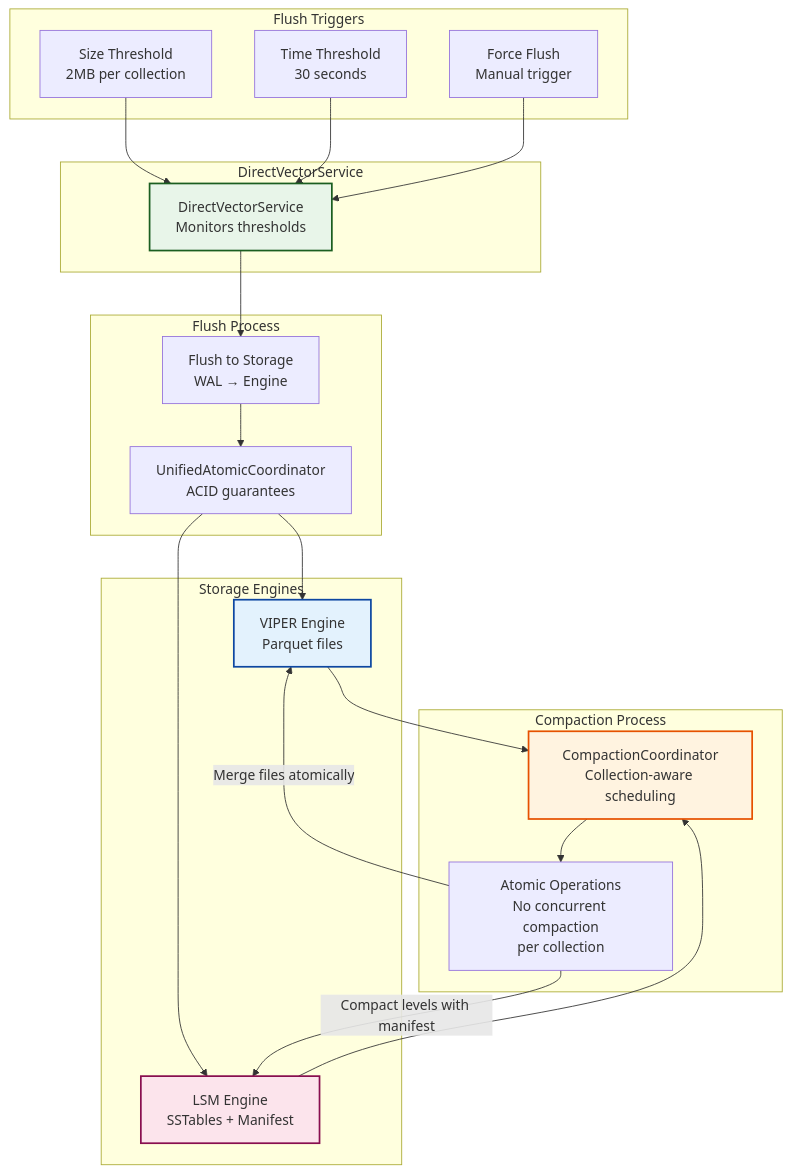
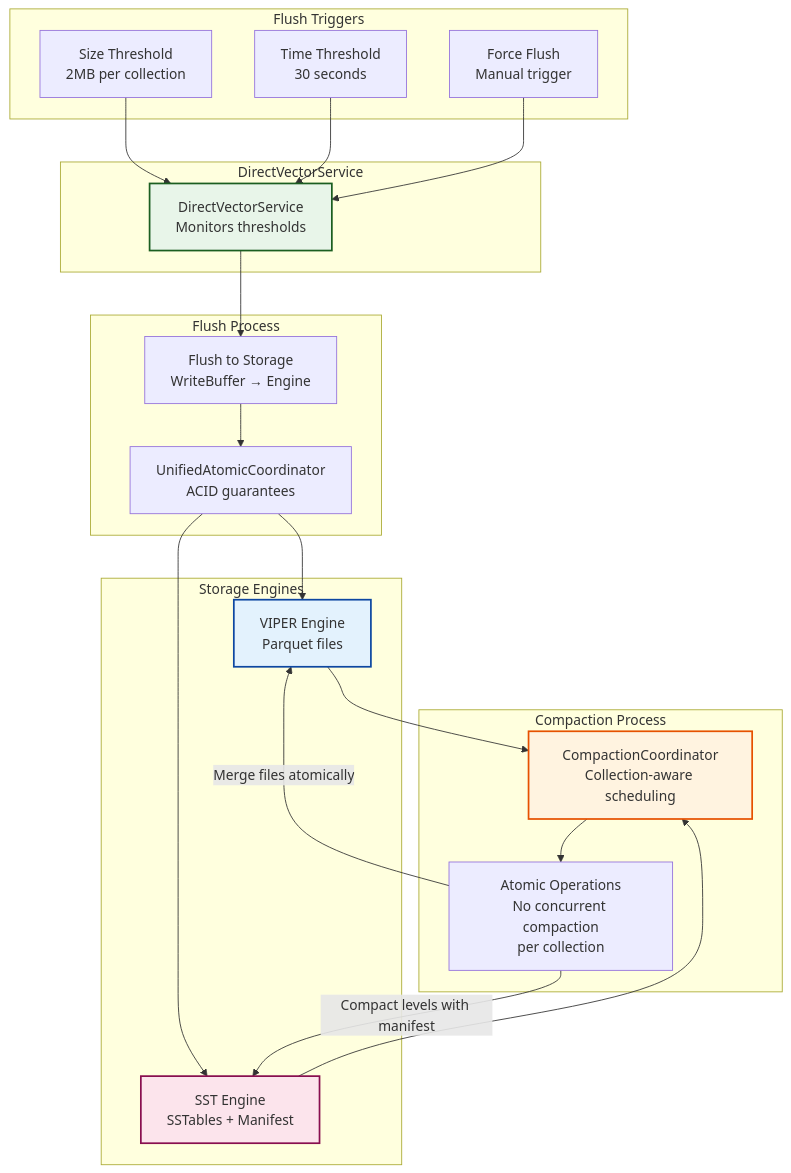
One commit to vjsingh1984/proximaDB changed the diagram in docs/diagrams/compaction-triggers.mmd. Above: the diagram before and after it, drawn with Mermaid. The commit also changed 60 other files, not shown here.

```diff
--- a/docs/diagrams/compaction-triggers.mmd
+++ b/docs/diagrams/compaction-triggers.mmd
@@ -1,46 +1,46 @@
 flowchart TB
     subgraph "Flush Triggers"
         SIZE[Size Threshold<br/>2MB per collection]
         TIME[Time Threshold<br/>30 seconds]
         FORCE[Force Flush<br/>Manual trigger]
     end
     
     subgraph "DirectVectorService"
         DVS[DirectVectorService<br/>Monitors thresholds]
     end
     
     subgraph "Flush Process"
-        FLUSH[Flush to Storage<br/>WAL → Engine]
+        FLUSH[Flush to Storage<br/>WriteBuffer → Engine]
         UAC[UnifiedAtomicCoordinator<br/>ACID guarantees]
     end
     
     subgraph "Compaction Process"
         COMPACT[CompactionCoordinator<br/>Collection-aware scheduling]
         ATOMIC[Atomic Operations<br/>No concurrent compaction<br/>per collection]
     end
     
     subgraph "Storage Engines"
         VIPER[VIPER Engine<br/>Parquet files]
-        LSM[LSM Engine<br/>SSTables + Manifest]
+        SST[SST Engine<br/>SSTables + Manifest]
     end
     
     SIZE --> DVS
     TIME --> DVS
     FORCE --> DVS
     
     DVS --> FLUSH
     FLUSH --> UAC
     UAC --> VIPER
-    UAC --> LSM
+    UAC --> SST
     
     VIPER --> COMPACT
-    LSM --> COMPACT
+    SST --> COMPACT
     
     COMPACT --> ATOMIC
     ATOMIC -->|Merge files atomically| VIPER
-    ATOMIC -->|Compact levels with manifest| LSM
+    ATOMIC -->|Compact levels with manifest| SST
     
     style DVS fill:#e8f5e9,stroke:#1b5e20,stroke-width:2px
     style COMPACT fill:#fff3e0,stroke:#e65100,stroke-width:2px
     style VIPER fill:#e3f2fd,stroke:#0d47a1,stroke-width:2px
-    style LSM fill:#fce4ec,stroke:#880e4f,stroke-width:2px
+    style SST fill:#fce4ec,stroke:#880e4f,stroke-width:2px
```
